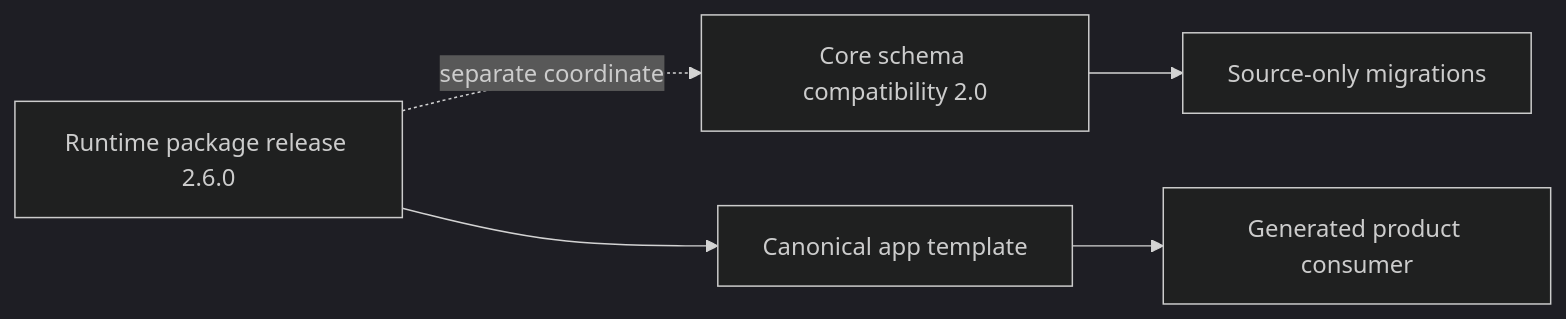
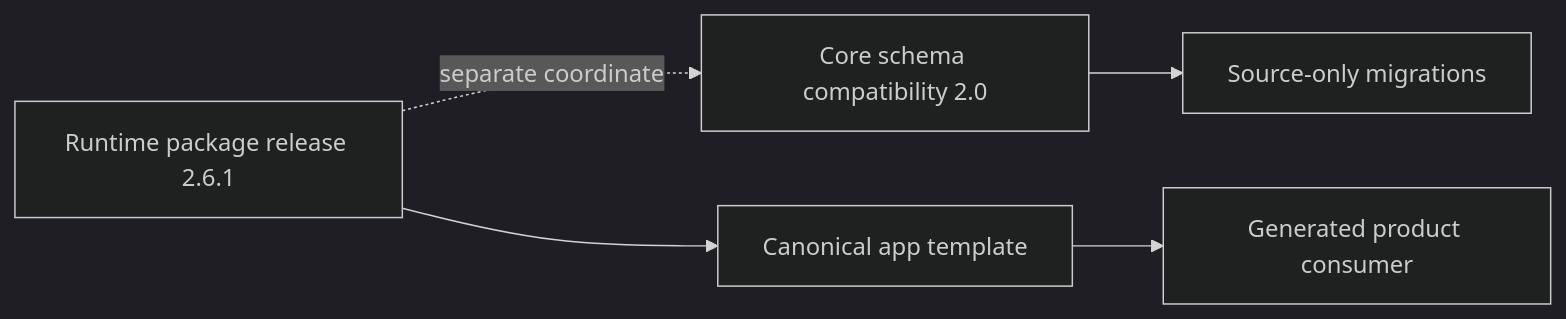
The first of 2 diagrams in docs/START-HERE.md (SapienXai/saas-core), drawn with Mermaid (dark theme) before and after one commit. The commit also changed other lines of this file and 39 other files, not shown here.

````diff
--- a/docs/START-HERE.md
+++ b/docs/START-HERE.md
@@ -17,7 +17,7 @@
 ```mermaid
 flowchart LR
-  Release[Runtime package release 2.6.0] -. separate coordinate .-> Schema[Core schema compatibility 2.0]
+  Release[Runtime package release 2.6.1] -. separate coordinate .-> Schema[Core schema compatibility 2.0]
   Schema --> Source[Source-only migrations]
   Release --> Template[Canonical app template]
   Template --> Consumer[Generated product consumer]
 ```
````
